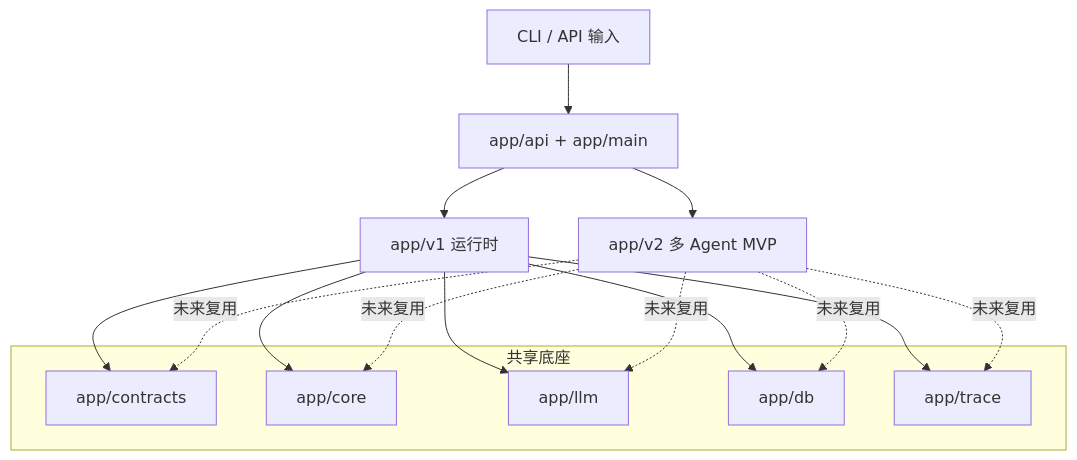
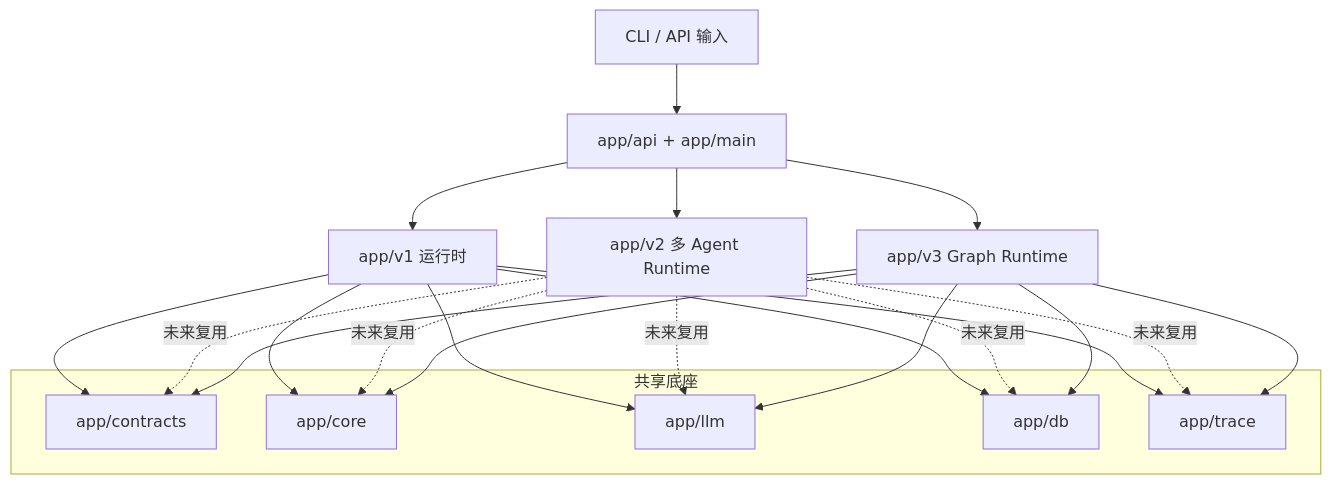
One commit to fengzhizi715/SimpleCodeAgent changed the first of 9 diagrams in docs/architecture.md. Above: the diagram before and after it, drawn with Mermaid. The commit also changed other lines of this file and 1 other file, not shown here.

````diff
--- a/docs/architecture.md
+++ b/docs/architecture.md
@@ -34,26 +37,33 @@
 ```mermaid
 flowchart TB
   U[CLI / API 输入] --> A[app/api + app/main]
   A --> R1[app/v1 运行时]
-  A --> R2[app/v2 多 Agent MVP]
+  A --> R2[app/v2 多 Agent Runtime]
+  A --> R3[app/v3 Graph Runtime]
 
   subgraph Shared[共享底座]
     C[app/contracts]
     K[app/core]
     L[app/llm]
     D[app/db]
     T[app/trace]
   end
 
   R1 --> C
   R1 --> K
   R1 --> L
   R1 --> D
   R1 --> T
 
   R2 -.未来复用.-> C
   R2 -.未来复用.-> K
   R2 -.未来复用.-> L
   R2 -.未来复用.-> D
   R2 -.未来复用.-> T
+
+  R3 --> C
+  R3 --> K
+  R3 --> L
+  R3 --> D
+  R3 --> T
 ```
````
